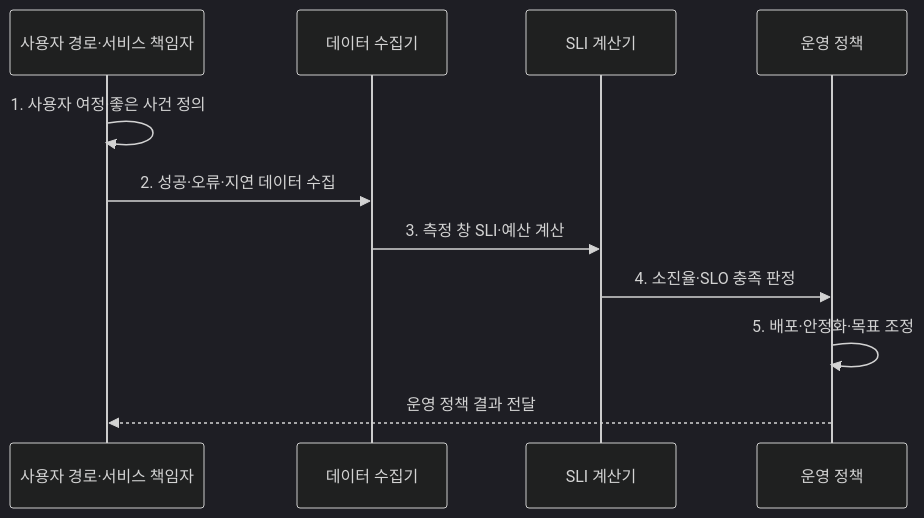
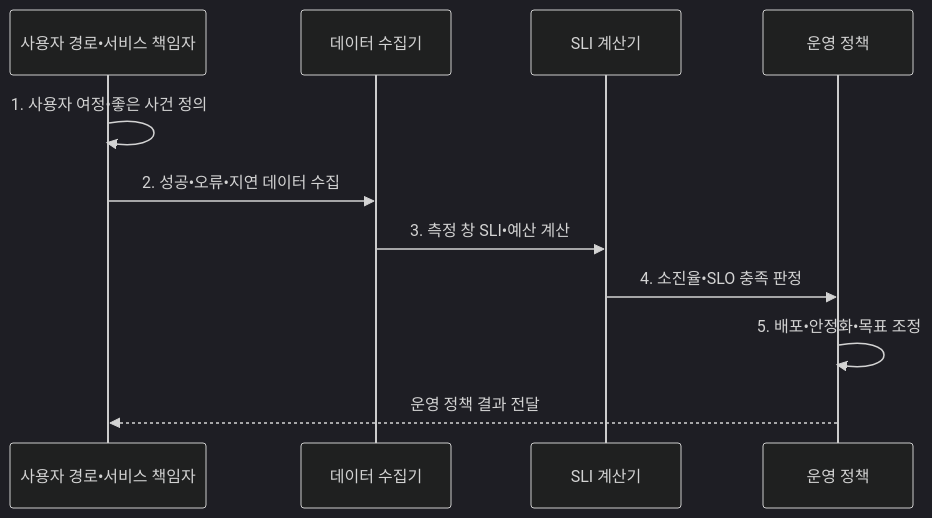
The second of 2 diagrams in src/content/docs/notes/06-evaluation/015_slo_sli.md (agnusdei1207/knowledge-base), drawn with Mermaid (dark theme) before and after one commit. The commit also changed other lines of this file and 953 other files, not shown here.

````diff
--- a/src/content/docs/notes/06-evaluation/015_slo_sli.md
+++ b/src/content/docs/notes/06-evaluation/015_slo_sli.md
@@ -98,13 +98,13 @@
 ```mermaid
 sequenceDiagram
-    participant O as 사용자 경로·서비스 책임자
+    participant O as 사용자 경로•서비스 책임자
   participant C as 데이터 수집기
   participant I as SLI 계산기
   participant P as 운영 정책
-    O->>O: 1. 사용자 여정·좋은 사건 정의
-    O->>C: 2. 성공·오류·지연 데이터 수집
-  C->>I: 3. 측정 창 SLI·예산 계산
-  I->>P: 4. 소진율·SLO 충족 판정
-  P->>P: 5. 배포·안정화·목표 조정
+    O->>O: 1. 사용자 여정•좋은 사건 정의
+    O->>C: 2. 성공•오류•지연 데이터 수집
+  C->>I: 3. 측정 창 SLI•예산 계산
+  I->>P: 4. 소진율•SLO 충족 판정
+  P->>P: 5. 배포•안정화•목표 조정
   P-->>O: 운영 정책 결과 전달
 ```
````
